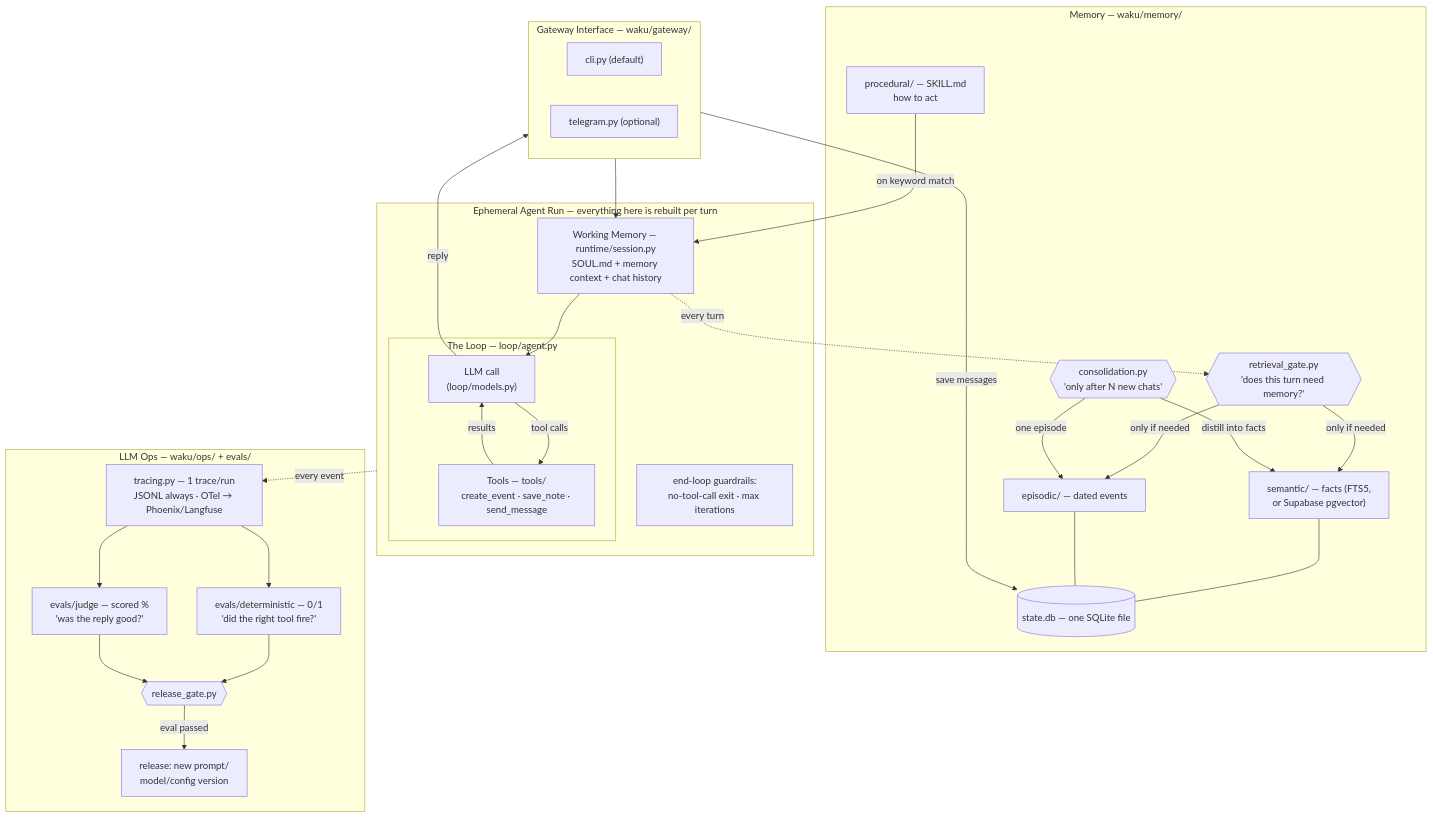
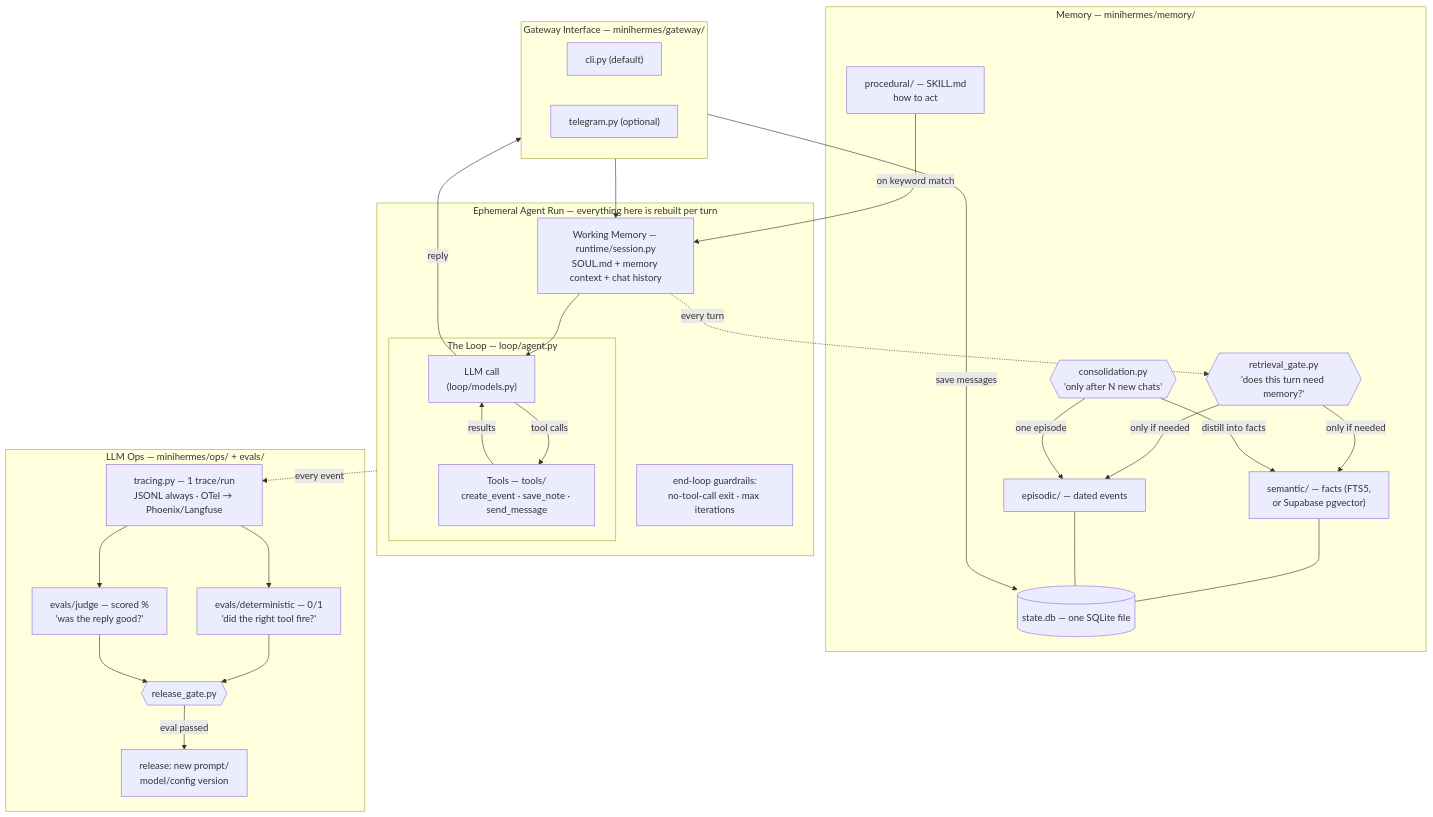
The diagram in docs/architecture.md (qiqiqia777/mini-hermes), drawn with Mermaid before and after one commit. The commit also changed 161 other files, not shown here.

Commit message:
refactor: rename waku package to minihermes

````diff
--- a/docs/architecture.md
+++ b/docs/architecture.md
@@ -7,48 +7,48 @@
 ```mermaid
 flowchart TB
-    subgraph GW["Gateway Interface — waku/gateway/"]
+    subgraph GW["Gateway Interface — minihermes/gateway/"]
         CLI["cli.py (default)"]
         TG["telegram.py (optional)"]
     end
 
     subgraph RUN["Ephemeral Agent Run — everything here is rebuilt per turn"]
         WM["Working Memory — runtime/session.py<br/>SOUL.md + memory context + chat history"]
         subgraph LOOP["The Loop — loop/agent.py"]
             LLM["LLM call<br/>(loop/models.py)"]
             TOOLS["Tools — tools/<br/>create_event · save_note · send_message"]
             LLM -->|tool calls| TOOLS -->|results| LLM
         end
         WM --> LLM
         GUARD["end-loop guardrails:<br/>no-tool-call exit · max iterations"]
     end
 
     GW --> WM
     LLM -->|reply| GW
 
-    subgraph MEM["Memory — waku/memory/"]
+    subgraph MEM["Memory — minihermes/memory/"]
         GATE{{"retrieval_gate.py<br/>'does this turn need memory?'"}}
         PROC["procedural/ — SKILL.md<br/>how to act"]
         SEM["semantic/ — facts (FTS5,<br/>or Supabase pgvector)"]
         EPI["episodic/ — dated events"]
         CONS{{"consolidation.py<br/>'only after N new chats'"}}
         DB[("state.db — one SQLite file")]
     end
 
     WM -.->|every turn| GATE
     GATE -->|only if needed| SEM & EPI
     PROC -->|on keyword match| WM
     GW -->|save messages| DB
     CONS -->|distill into facts| SEM
     CONS -->|one episode| EPI
     SEM & EPI --- DB
 
-    subgraph OPS["LLM Ops — waku/ops/ + evals/"]
+    subgraph OPS["LLM Ops — minihermes/ops/ + evals/"]
         TRACE["tracing.py — 1 trace/run<br/>JSONL always · OTel → Phoenix/Langfuse"]
         DET["evals/deterministic — 0/1<br/>'did the right tool fire?'"]
         JUDGE["evals/judge — scored %<br/>'was the reply good?'"]
         RGATE{{"release_gate.py"}}
         TRACE --> DET & JUDGE --> RGATE -->|eval passed| SHIP["release: new prompt/<br/>model/config version"]
     end
 
     RUN -.->|every event| TRACE
 ```
````
